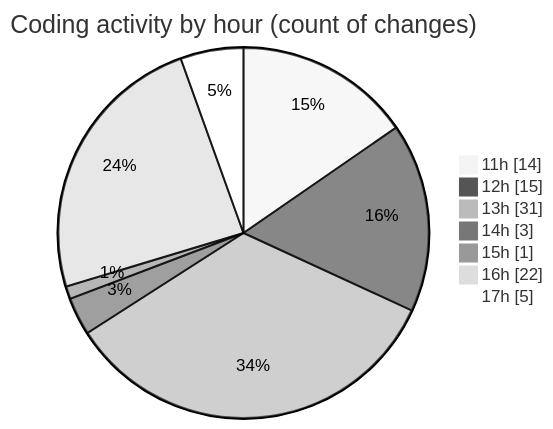
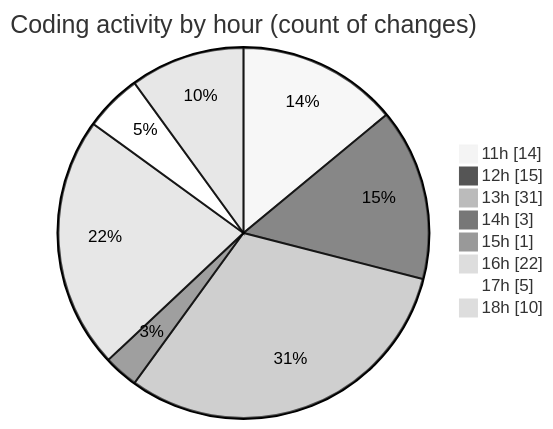
One commit to nxtqubesakshisongat/code-tracking changed the second of 2 diagrams in 2025-07-09/argos/README.md. Above: the diagram before and after it, drawn with Mermaid (neutral theme). The commit also changed other lines of this file and 1 other file, not shown here.

````diff
--- a/2025-07-09/argos/README.md
+++ b/2025-07-09/argos/README.md
@@ -35,11 +35,12 @@
 ```mermaid
 pie showData
 title Coding activity by hour (count of changes)
 "11h" : 14
 "12h" : 15
 "13h" : 31
 "14h" : 3
 "15h" : 1
 "16h" : 22
 "17h" : 5
+"18h" : 10
 ```
````
